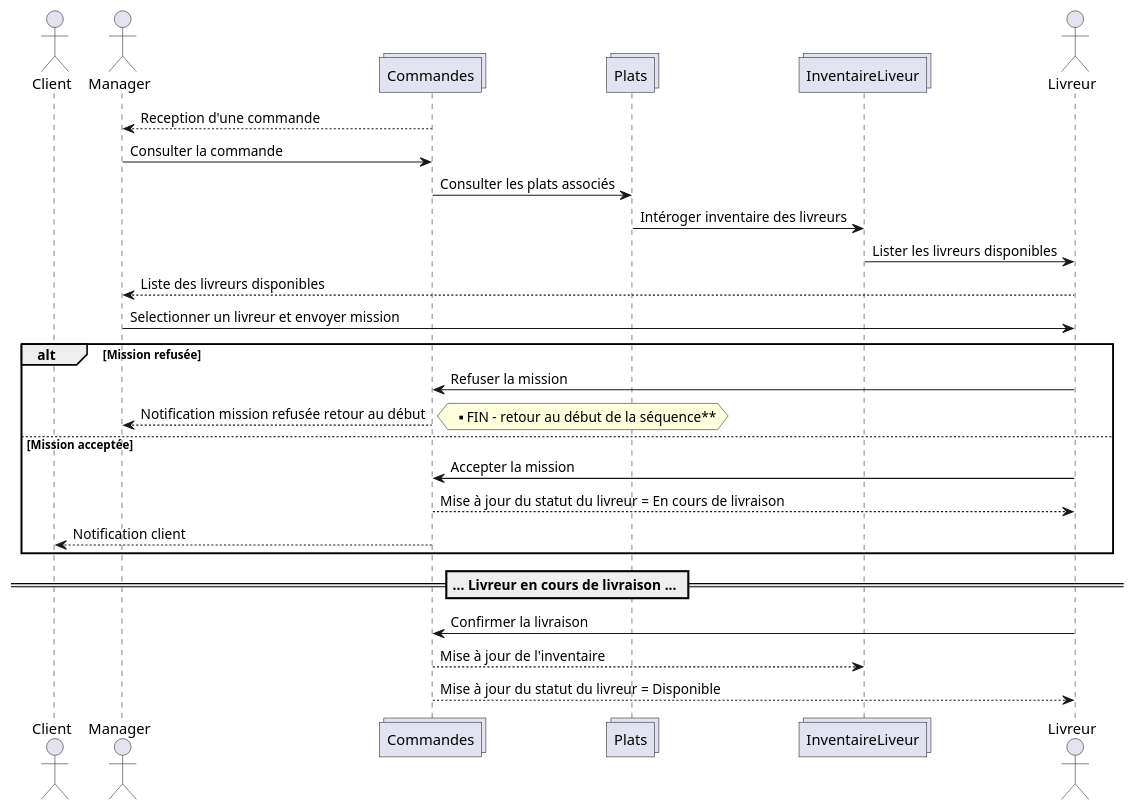
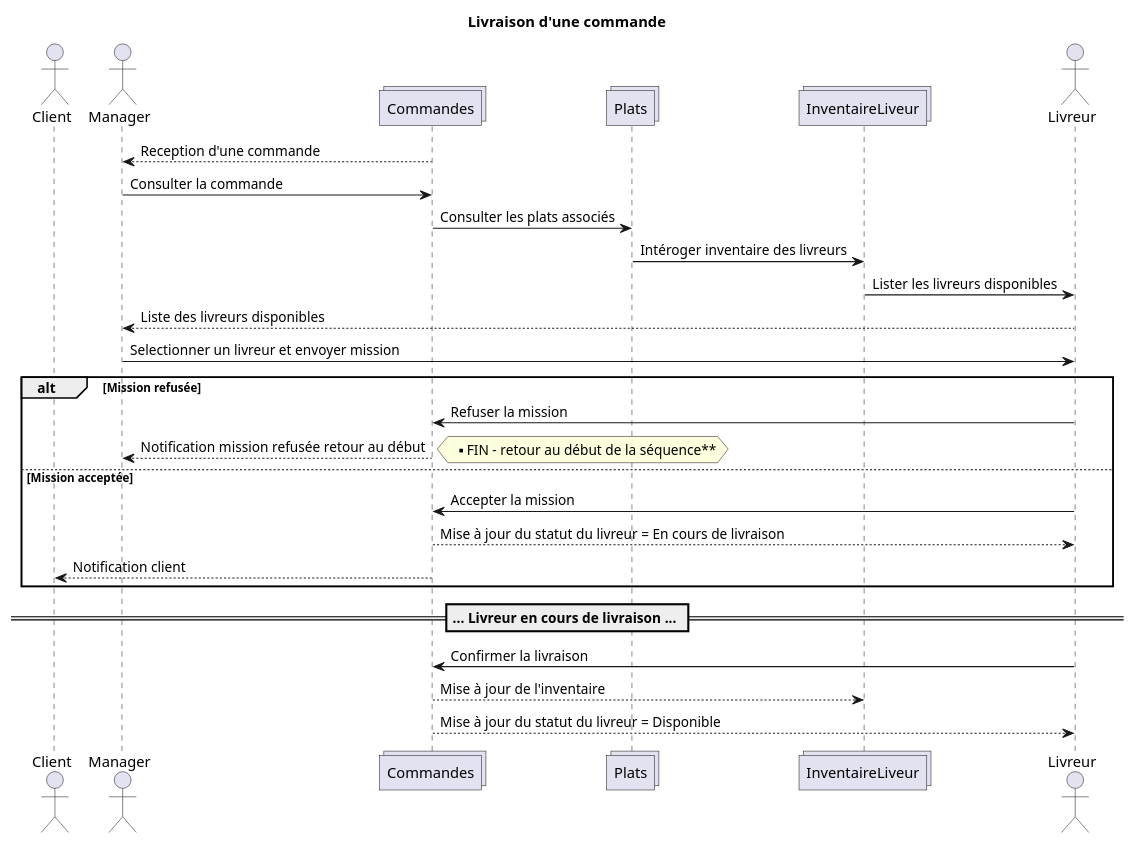
One commit to sjaulin/expressfood changed the diagram in uml/sequence-livraison.plantuml. Above: the diagram before and after it, drawn with PlantUML.

Commit message:
Add title

```diff
--- a/uml/sequence-livraison.plantuml
+++ b/uml/sequence-livraison.plantuml
@@ -1,29 +1,30 @@
 @startuml
+title Livraison d'une commande
 actor Client
 actor Manager
 collections Commandes 
 collections Plats 
 collections InventaireLiveur
 actor Livreur
 Commandes --> Manager : Reception d'une commande
 Manager -> Commandes : Consulter la commande
 Commandes -> Plats : Consulter les plats associés
 Plats -> InventaireLiveur : Intéroger inventaire des livreurs
 InventaireLiveur -> Livreur : Lister les livreurs disponibles
 Livreur --> Manager : Liste des livreurs disponibles
 Manager -> Livreur : Selectionner un livreur et envoyer mission
 alt Mission refusée
 Livreur -> Commandes : Refuser la mission
 Commandes --> Manager : Notification mission refusée retour au début
 hnote right : ** FIN - retour au début de la séquence**
 else Mission acceptée
 Livreur -> Commandes : Accepter la mission
 Commandes --> Livreur : Mise à jour du statut du livreur = En cours de livraison
 Commandes --> Client : Notification client
 end
 == ... Livreur en cours de livraison ... ==
 Livreur -> Commandes : Confirmer la livraison
 Commandes --> InventaireLiveur : Mise à jour de l'inventaire
 Commandes --> Livreur : Mise à jour du statut du livreur = Disponible
 
 @enduml
```
